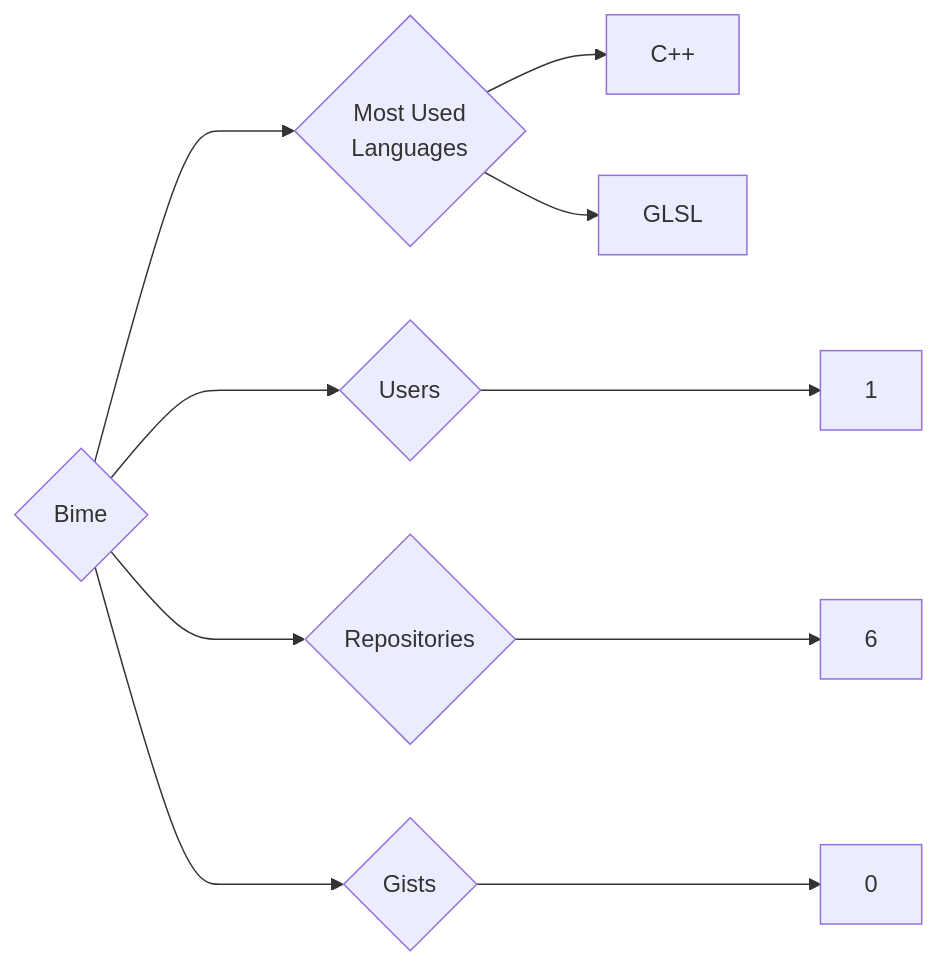
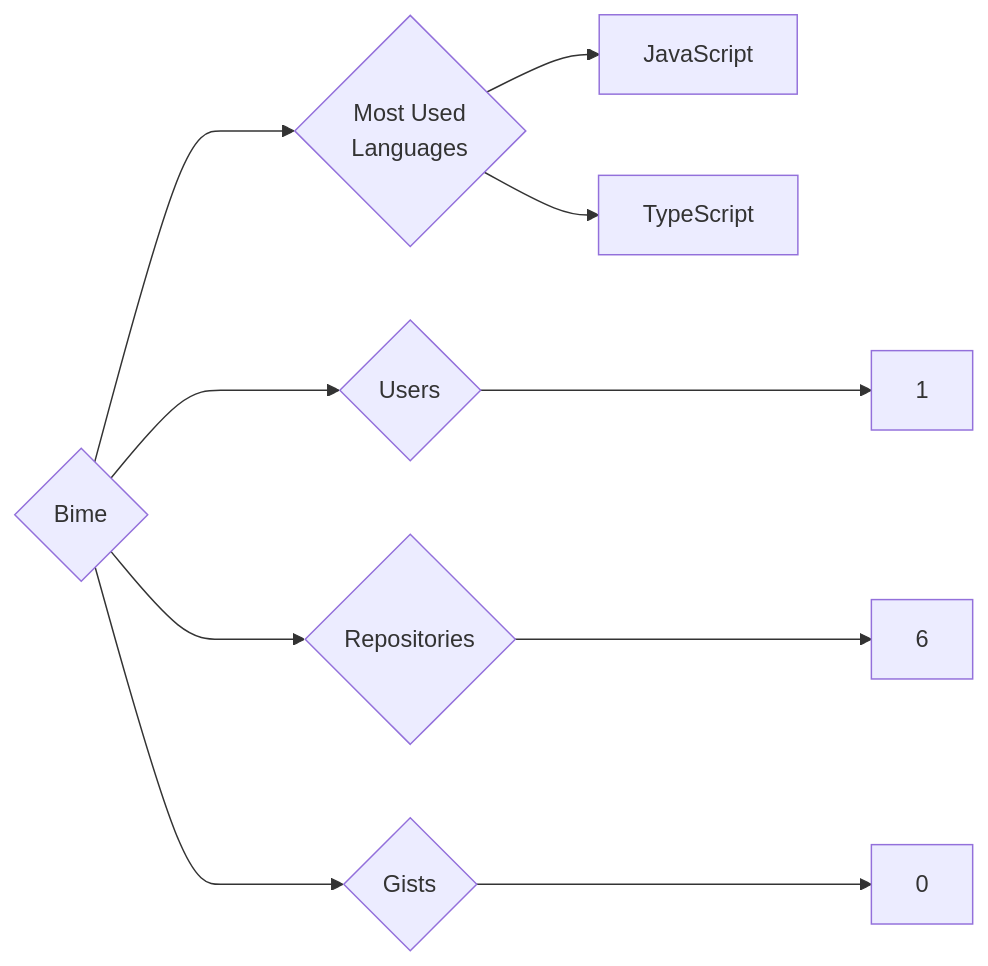
Before and after one commit to trickest/insiders: the diagram in targets/Bime/README.md, drawn with Mermaid. The commit also changed 985 other files, not shown here.

````diff
--- a/targets/Bime/README.md
+++ b/targets/Bime/README.md
@@ -3,10 +3,10 @@
 ```mermaid
 graph LR
 COMPANY_NAME{Bime}
 COMPANY_NAME ---> U{Users} ---> UN[1]
 COMPANY_NAME ---> R{Repositories} ---> RN[6]
 COMPANY_NAME ---> G{Gists} ---> GN[0]
 COMPANY_NAME ---> ML{Most Used<br>Languages}
-ML --> C++[C++]
-ML --> GLSL[GLSL]
+ML --> JavaScript[JavaScript]
+ML --> TypeScript[TypeScript]
 ```
````
